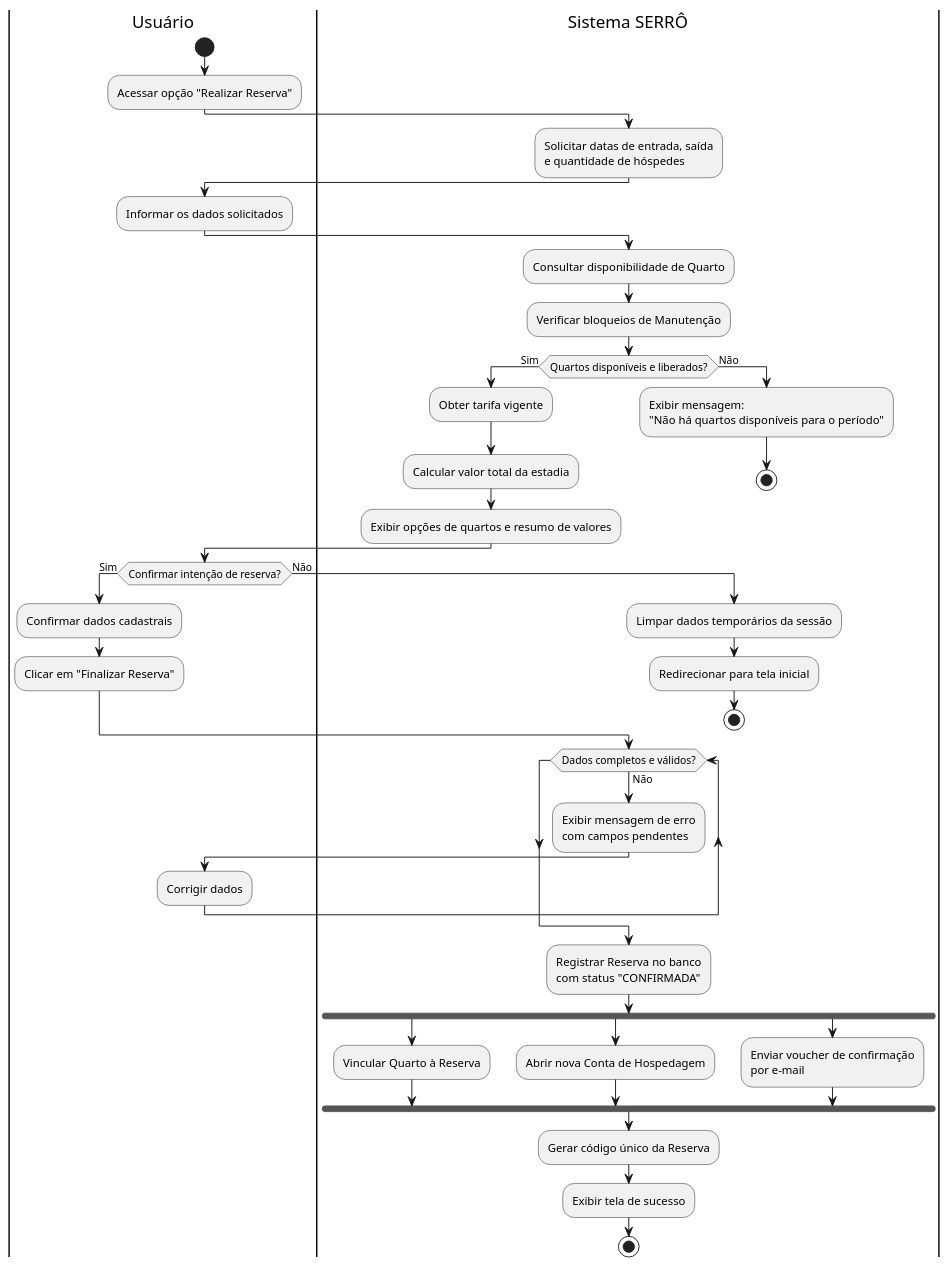
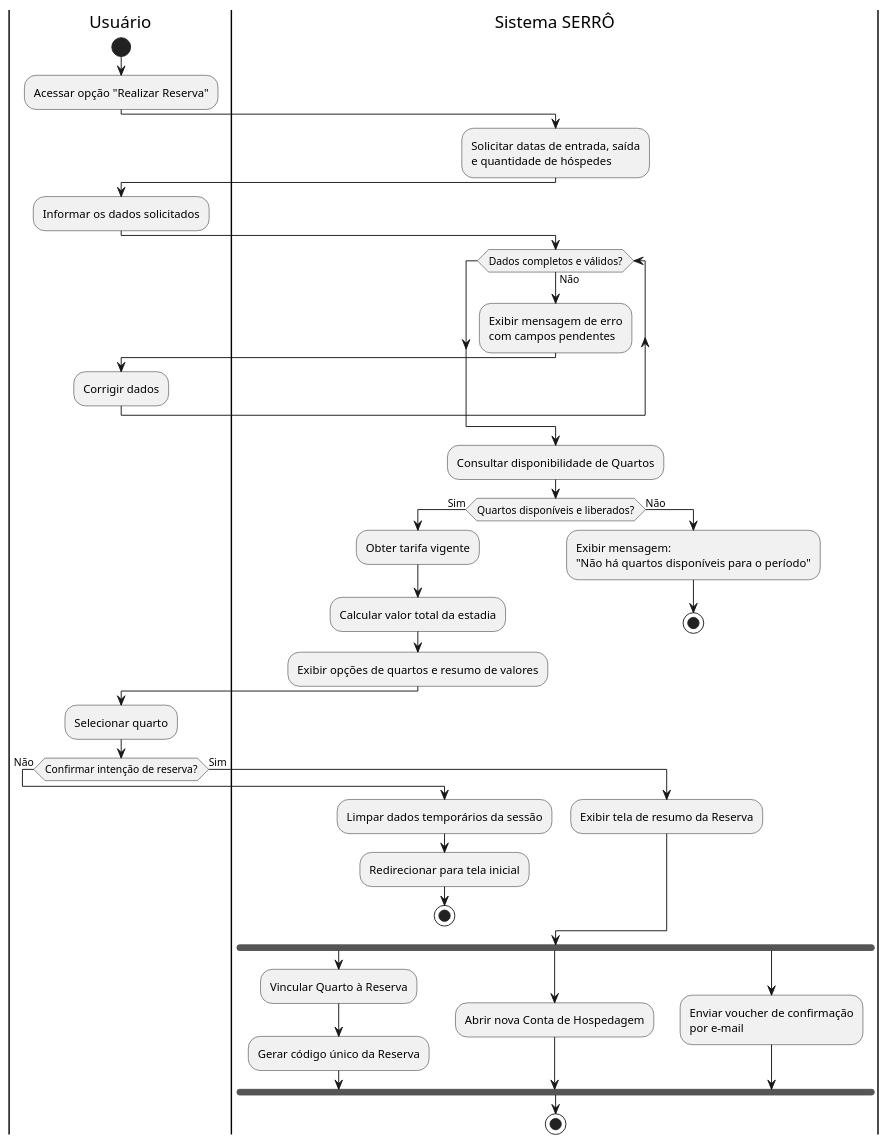
Before and after one commit to gusjjpv/serro-hotelaria: the diagram in docs/diagramas/atividade/RealizarReserva.iuml, drawn with PlantUML.

Commit message:
docs: diagrama de atividade reformulado

```diff
--- a/docs/diagramas/atividade/RealizarReserva.iuml
+++ b/docs/diagramas/atividade/RealizarReserva.iuml
@@ -1,58 +1,61 @@
 @startuml
 
 |Usuário|
 start
 :Acessar opção "Realizar Reserva";
 
 |Sistema SERRÔ|
 :Solicitar datas de entrada, saída\ne quantidade de hóspedes;
 
 |Usuário|
 :Informar os dados solicitados;
 
 |Sistema SERRÔ|
-:Consultar disponibilidade de Quarto;
-:Verificar bloqueios de Manutenção;
+while (Dados completos e válidos?) is (Não)
+    :Exibir mensagem de erro\ncom campos pendentes;
+    |Usuário|
+    :Corrigir dados;
+endwhile
 
+|Sistema SERRÔ|
+:Consultar disponibilidade de Quartos;
+
+
+
+|Sistema SERRÔ|
 if (Quartos disponíveis e liberados?) then (Sim)
     :Obter tarifa vigente;
     :Calcular valor total da estadia;
     :Exibir opções de quartos e resumo de valores;
 else (Não)
     :Exibir mensagem:\n"Não há quartos disponíveis para o período";
     stop
 endif
 
 |Usuário|
-if (Confirmar intenção de reserva?) then (Sim)
-    :Confirmar dados cadastrais;
-    :Clicar em "Finalizar Reserva";
-else (Não)
+:Selecionar quarto;
+
+if (Confirmar intenção de reserva?) then (Não)
+
     |Sistema SERRÔ|
     :Limpar dados temporários da sessão;
     :Redirecionar para tela inicial;
     stop
+
+else (Sim)
+    :Exibir tela de resumo da Reserva;
 endif
 
-while (Dados completos e válidos?) is (Não)
-    :Exibir mensagem de erro\ncom campos pendentes;
-    |Usuário|
-    :Corrigir dados;
-endwhile
-
 |Sistema SERRÔ|
-:Registrar Reserva no banco\ncom status "CONFIRMADA";
 
 fork
     :Vincular Quarto à Reserva;
+    :Gerar código único da Reserva;
 fork again
     :Abrir nova Conta de Hospedagem;
 fork again
     :Enviar voucher de confirmação\npor e-mail;
 end fork
 
-:Gerar código único da Reserva;
-:Exibir tela de sucesso;
-
 stop
 @enduml
```
